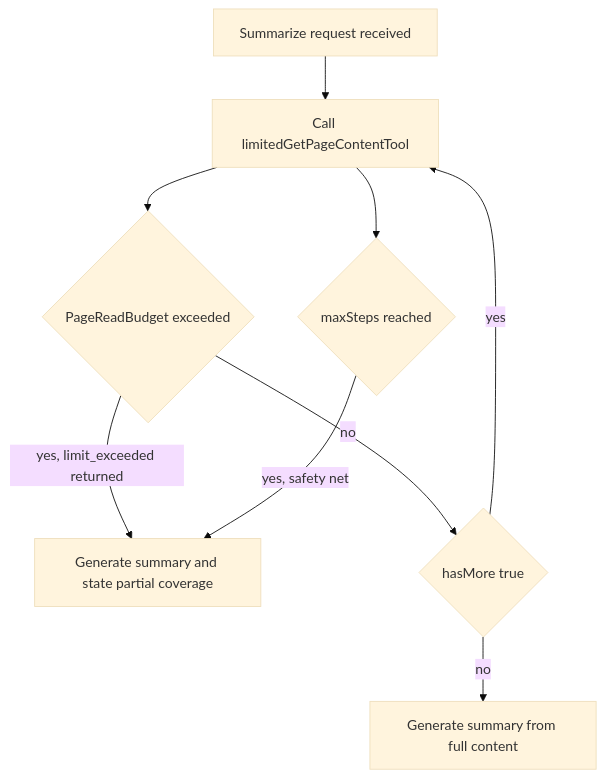
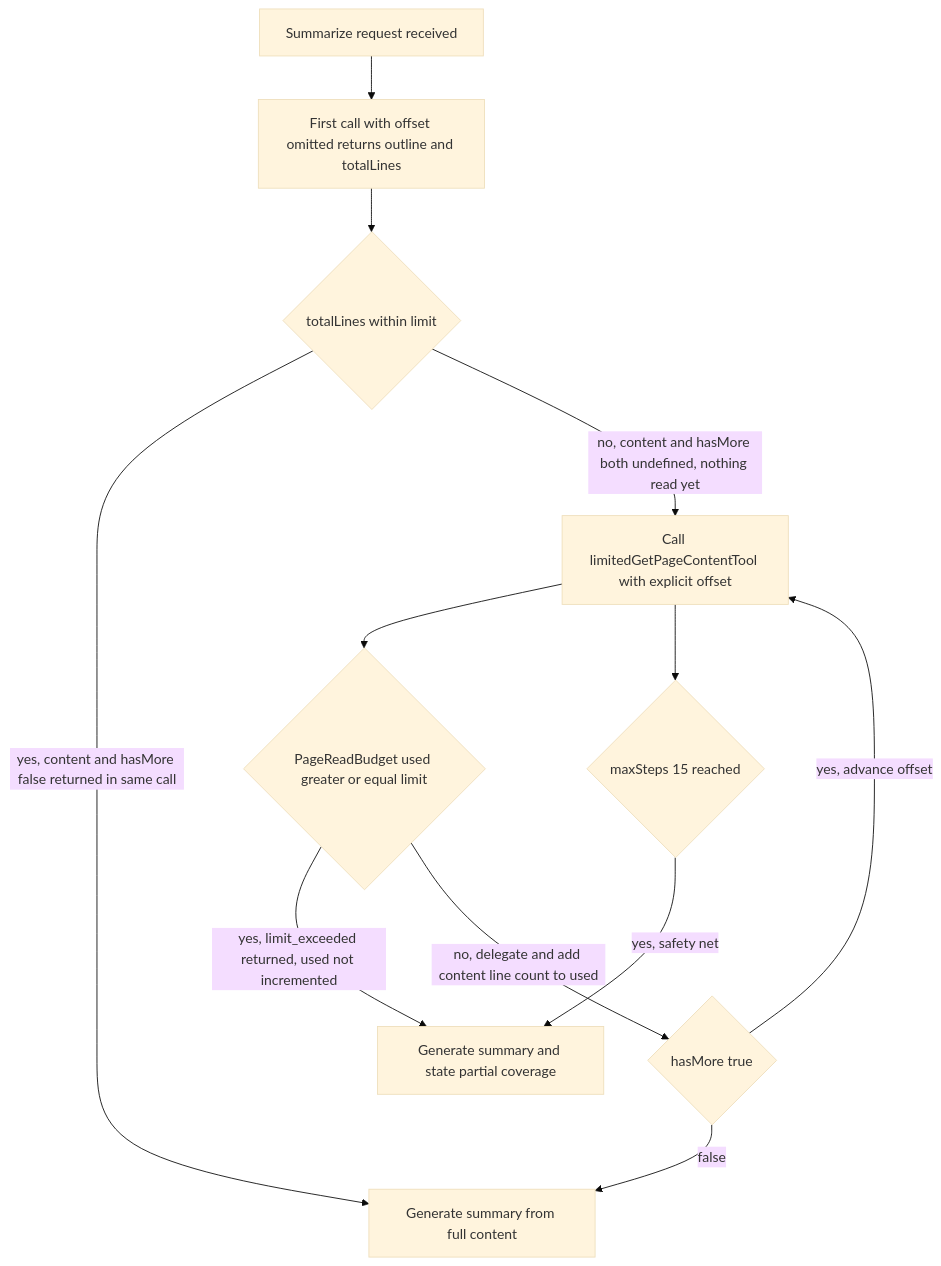
The third of 4 diagrams in .kiro/specs/ai-summarize/design.md (growilabs/growi), drawn with Mermaid (base theme) before and after one commit. The commit also changed other lines of this file and 2 other files, not shown here.

First line of the commit message:
docs(ai-summarize): fix 12 spec gaps and clarify design decisions

````diff
--- a/.kiro/specs/ai-summarize/design.md
+++ b/.kiro/specs/ai-summarize/design.md
@@ -238,11 +267,14 @@
 ```mermaid
 flowchart TD
-    Start[Summarize request received] --> Read[Call limitedGetPageContentTool]
-    Read --> BudgetCheck{PageReadBudget exceeded}
-    BudgetCheck -->|yes, limit_exceeded returned| PartialSummary[Generate summary and state partial coverage]
-    BudgetCheck -->|no| HasMore{hasMore true}
-    HasMore -->|yes| Read
-    HasMore -->|no| FullSummary[Generate summary from full content]
-    Read --> StepCap{maxSteps reached}
+    Start[Summarize request received] --> Outline[First call with offset omitted returns outline and totalLines]
+    Outline --> ShortPage{totalLines within limit}
+    ShortPage -->|yes, content and hasMore false returned in same call| FullSummary
+    ShortPage -->|no, content and hasMore both undefined, nothing read yet| Read[Call limitedGetPageContentTool with explicit offset]
+    Read --> BudgetCheck{PageReadBudget used greater or equal limit}
+    BudgetCheck -->|yes, limit_exceeded returned, used not incremented| PartialSummary[Generate summary and state partial coverage]
+    BudgetCheck -->|no, delegate and add content line count to used| HasMore{hasMore true}
+    HasMore -->|yes, advance offset| Read
+    HasMore -->|false| FullSummary[Generate summary from full content]
+    Read --> StepCap{maxSteps 15 reached}
     StepCap -->|yes, safety net| PartialSummary
 ```
````
